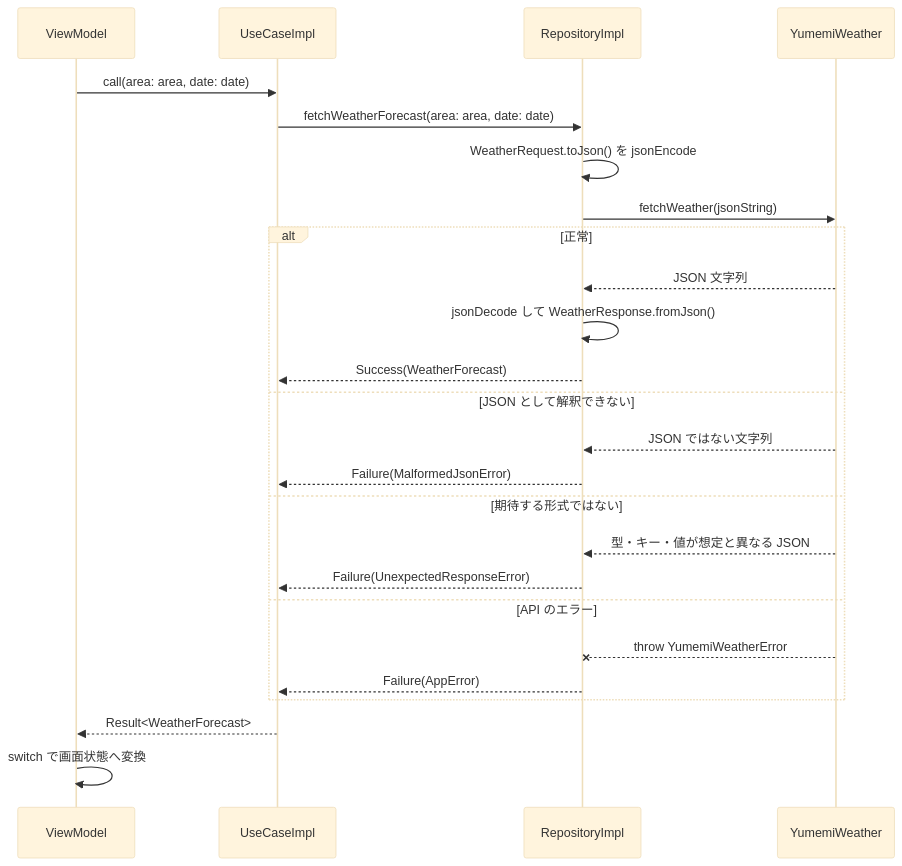
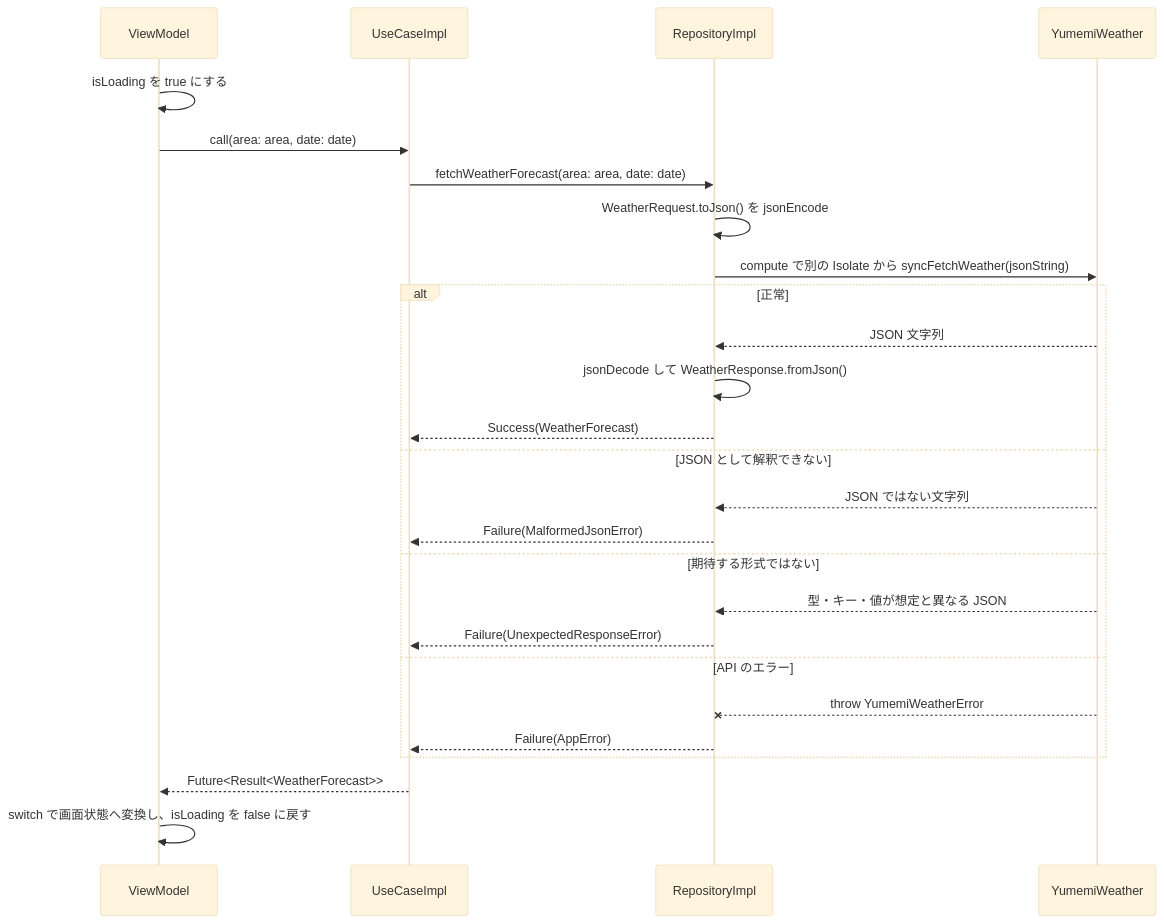
Before and after one commit to nikushi-ryosuke/flutter-training-rnikushi: the second of 2 diagrams in docs/ARCHITECTURE.md, drawn with Mermaid (base theme). The commit also changed other lines of this file, not shown here.

Commit message:
ARCHITECTURE.md に、スレッドをブロックする API を Isolate で呼び出す方針と読み込み中の表示を追記する

````diff
--- a/docs/ARCHITECTURE.md
+++ b/docs/ARCHITECTURE.md
@@ -118,28 +137,29 @@
 ```mermaid
 sequenceDiagram
   participant VM as ViewModel
   participant UC as UseCaseImpl
   participant R as RepositoryImpl
   participant API as YumemiWeather
 
+  VM->>VM: isLoading を true にする
   VM->>UC: call(area: area, date: date)
   UC->>R: fetchWeatherForecast(area: area, date: date)
   R->>R: WeatherRequest.toJson() を jsonEncode
-  R->>API: fetchWeather(jsonString)
+  R->>API: compute で別の Isolate から syncFetchWeather(jsonString)
   alt 正常
     API-->>R: JSON 文字列
     R->>R: jsonDecode して WeatherResponse.fromJson()
     R-->>UC: Success(WeatherForecast)
   else JSON として解釈できない
     API-->>R: JSON ではない文字列
     R-->>UC: Failure(MalformedJsonError)
   else 期待する形式ではない
     API-->>R: 型・キー・値が想定と異なる JSON
     R-->>UC: Failure(UnexpectedResponseError)
   else API のエラー
     API--xR: throw YumemiWeatherError
     R-->>UC: Failure(AppError)
   end
-  UC-->>VM: Result<WeatherForecast>
-  VM->>VM: switch で画面状態へ変換
+  UC-->>VM: Future<Result<WeatherForecast>>
+  VM->>VM: switch で画面状態へ変換し、isLoading を false に戻す
 ```
````
